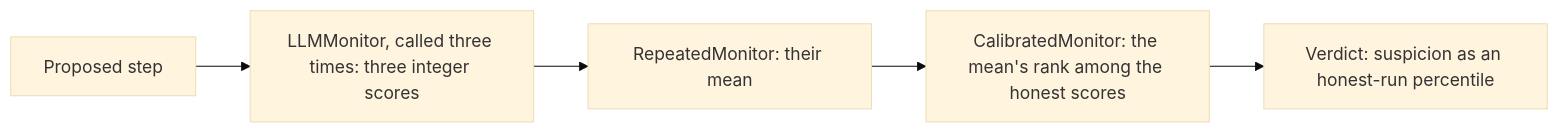
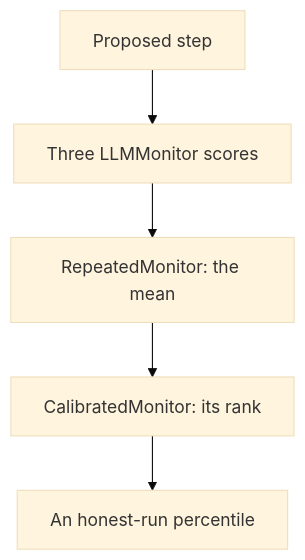
Before and after one commit to omamori-lab/langchain-sync-monitors: the first of 3 diagrams in docs/how-to/combine-and-calibrate-monitors.md, drawn with Mermaid (base theme). The commit also changed other lines of this file and 4 other files, not shown here.

First line of the commit message:
Tighten the monitor guides' wording and diagrams

````diff
--- a/docs/how-to/combine-and-calibrate-monitors.md
+++ b/docs/how-to/combine-and-calibrate-monitors.md
@@ -97,7 +97,7 @@
 ```mermaid
-flowchart LR
-    step["Proposed step"] --> calls["LLMMonitor, called three times: three integer scores"]
-    calls --> mean["RepeatedMonitor: their mean"]
-    mean --> rank["CalibratedMonitor: the mean's rank among the honest scores"]
-    rank --> verdict["Verdict: suspicion as an honest-run percentile"]
+flowchart TD
+    step["Proposed step"] --> calls["Three LLMMonitor scores"]
+    calls --> mean["RepeatedMonitor: the mean"]
+    mean --> rank["CalibratedMonitor: its rank"]
+    rank --> verdict["An honest-run percentile"]
 ```
````
